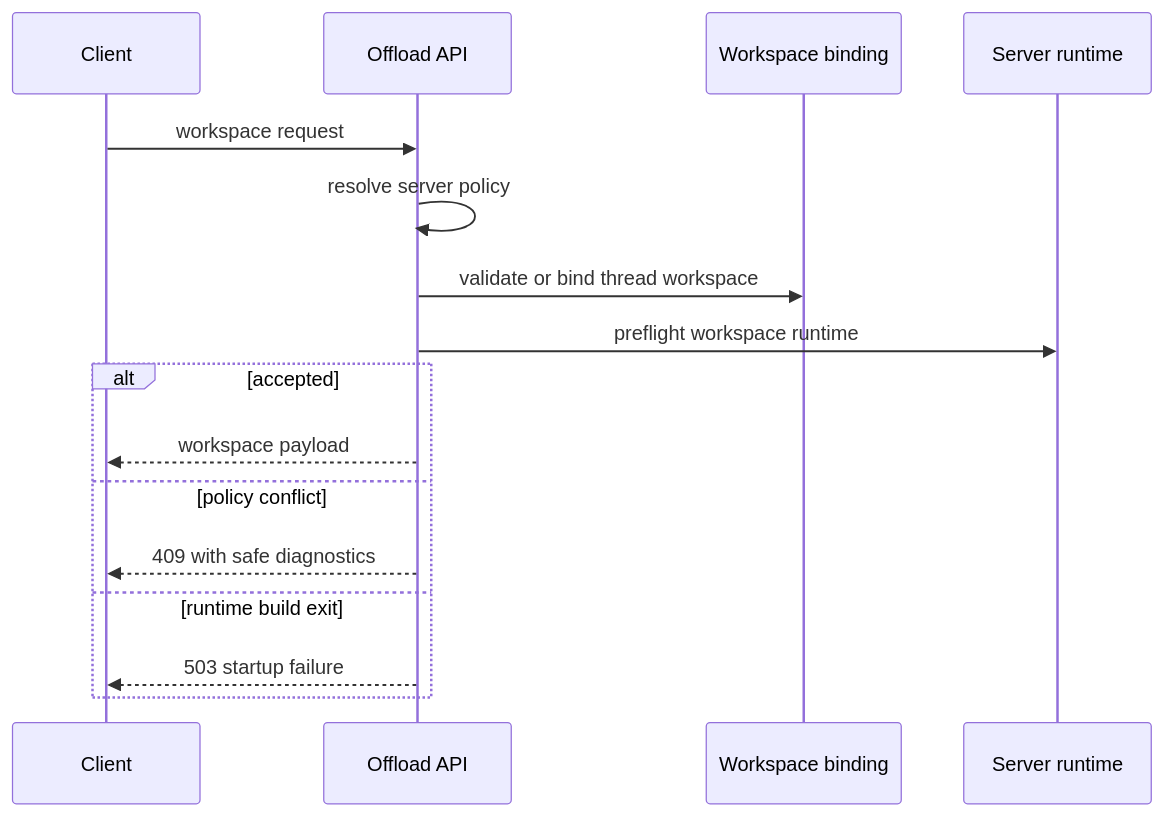
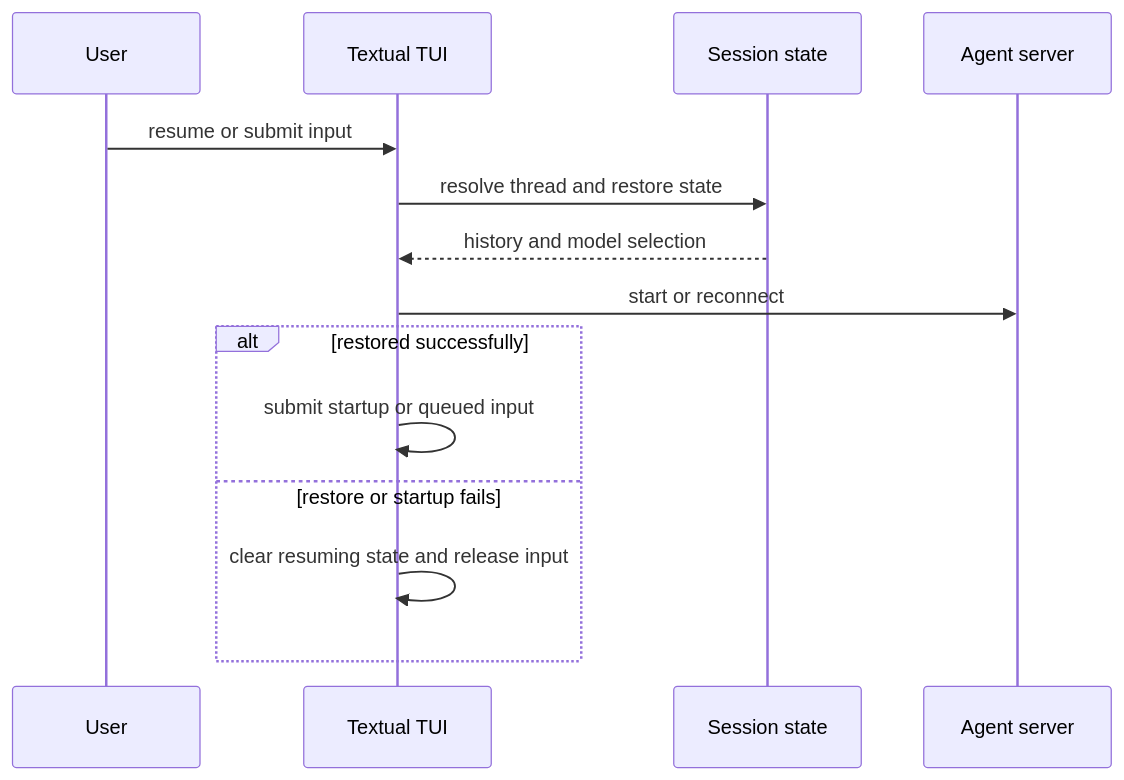
One commit to langchain-ai/deepagents changed the second of 2 diagrams in openwiki/testing/testing-guide.md. Above: the diagram before and after it, drawn with Mermaid. The commit also changed other lines of this file and 37 other files, not shown here.

````diff
--- a/openwiki/testing/testing-guide.md
+++ b/openwiki/testing/testing-guide.md
@@ -108,18 +110,16 @@
 ```mermaid
 sequenceDiagram
-    participant Client
-    participant API as Offload API
-    participant Binding as Workspace binding
-    participant Runtime as Server runtime
-    Client->>API: workspace request
-    API->>API: resolve server policy
-    API->>Binding: validate or bind thread workspace
-    API->>Runtime: preflight workspace runtime
-    alt accepted
-        API-->>Client: workspace payload
-    else policy conflict
-        API-->>Client: 409 with safe diagnostics
-    else runtime build exit
-        API-->>Client: 503 startup failure
+    participant User
+    participant TUI as Textual TUI
+    participant Session as Session state
+    participant Agent as Agent server
+    User->>TUI: resume or submit input
+    TUI->>Session: resolve thread and restore state
+    Session-->>TUI: history and model selection
+    TUI->>Agent: start or reconnect
+    alt restored successfully
+        TUI->>TUI: submit startup or queued input
+    else restore or startup fails
+        TUI->>TUI: clear resuming state and release input
     end
 ```
````
